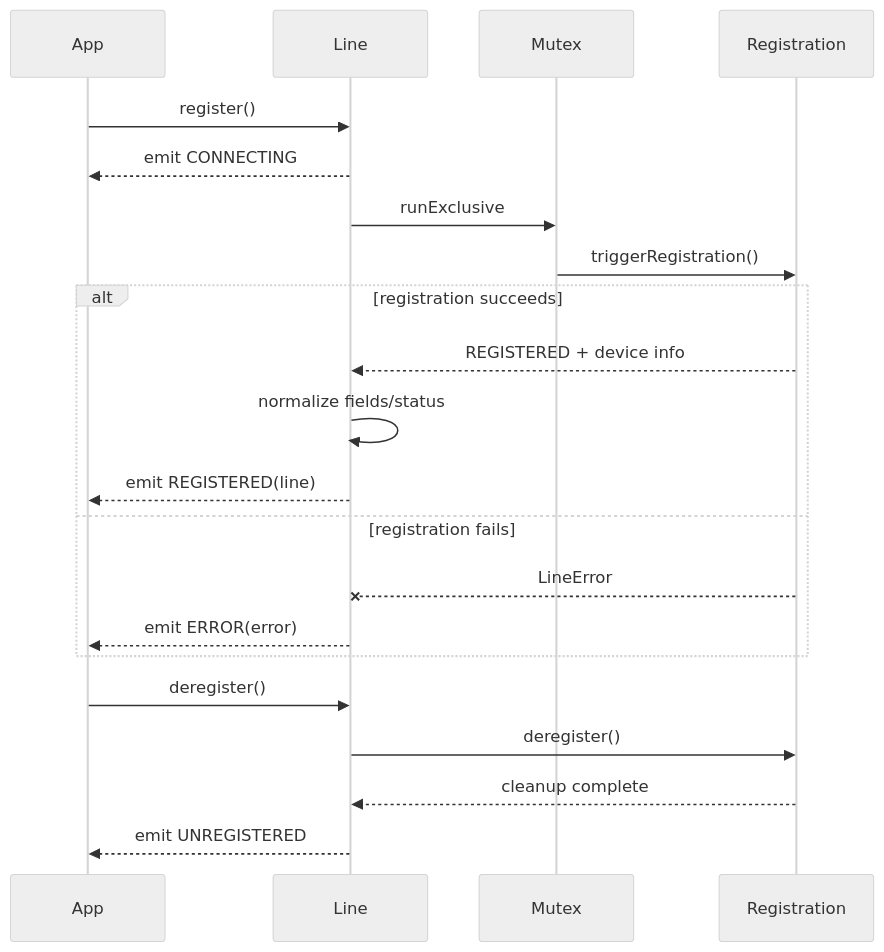
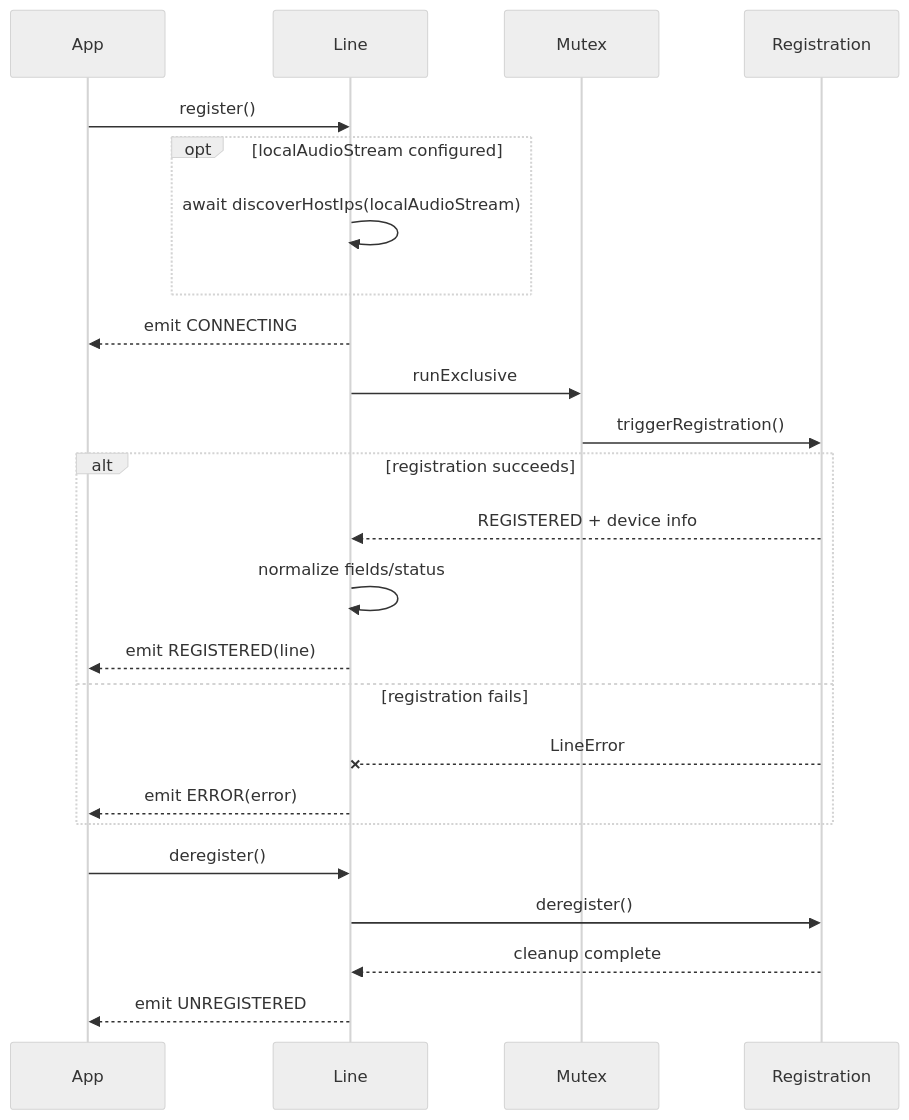
One commit to webex/webex-js-sdk changed the fifth of 8 diagrams in packages/calling/src/CallingClient/line/ai-docs/line-spec.md. Above: the diagram before and after it, drawn with Mermaid (neutral theme). The commit also changed other lines of this file and 22 other files, not shown here.

````diff
--- a/packages/calling/src/CallingClient/line/ai-docs/line-spec.md
+++ b/packages/calling/src/CallingClient/line/ai-docs/line-spec.md
@@ -443,23 +452,26 @@
 ```mermaid
 sequenceDiagram
   participant App
   participant Line
   participant Mutex
   participant Registration
   App->>Line: register()
+  opt localAudioStream configured
+    Line->>Line: await discoverHostIps(localAudioStream)
+  end
   Line-->>App: emit CONNECTING
   Line->>Mutex: runExclusive
   Mutex->>Registration: triggerRegistration()
   alt registration succeeds
     Registration-->>Line: REGISTERED + device info
     Line->>Line: normalize fields/status
     Line-->>App: emit REGISTERED(line)
   else registration fails
     Registration--xLine: LineError
     Line-->>App: emit ERROR(error)
   end
   App->>Line: deregister()
   Line->>Registration: deregister()
   Registration-->>Line: cleanup complete
   Line-->>App: emit UNREGISTERED
 ```
````
